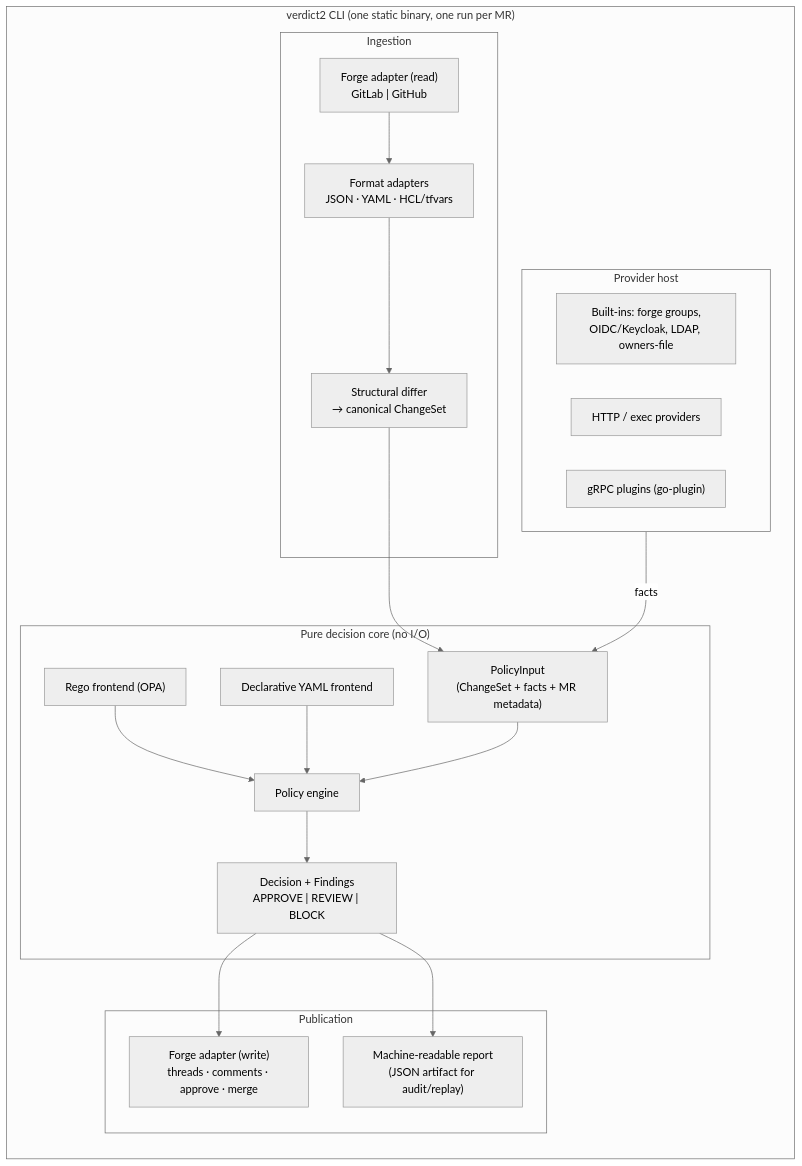
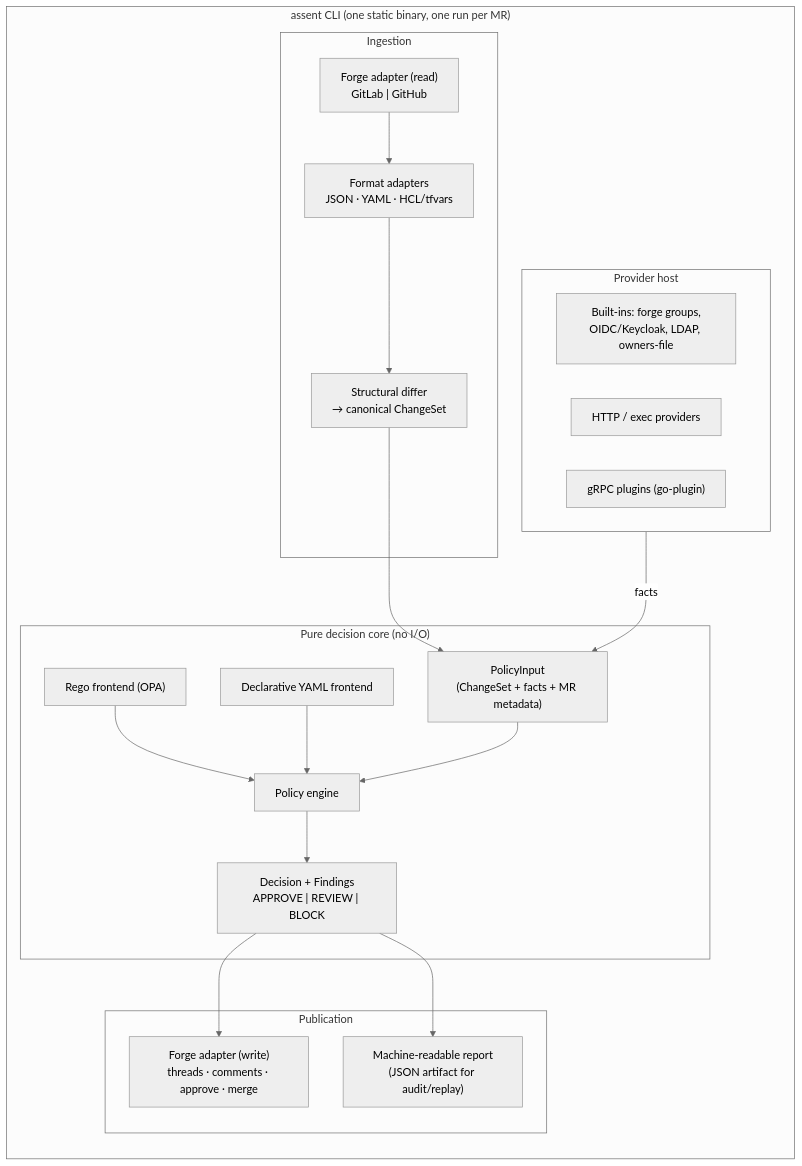
Before and after one commit to PlatformRelay/assent: the diagram in docs/architecture/c4-container.md, drawn with Mermaid (neutral theme). The commit also changed other lines of this file and 26 other files, not shown here.

Commit message:
:truck: chore: rename project to assent (D-009) — folder, module path, CLI, .assent/, apiVersion

````diff
--- a/docs/architecture/c4-container.md
+++ b/docs/architecture/c4-container.md
@@ -5,36 +5,36 @@
 ```mermaid
 flowchart LR
-    subgraph cli["verdict2 CLI (one static binary, one run per MR)"]
+    subgraph cli["assent CLI (one static binary, one run per MR)"]
         direction TB
         subgraph inbound["Ingestion"
             ]
             forgeIn["Forge adapter (read)\nGitLab | GitHub"]
             parsers["Format adapters\nJSON · YAML · HCL/tfvars"]
             differ["Structural differ\n→ canonical ChangeSet"]
         end
         subgraph core["Pure decision core (no I/O)"]
             input["PolicyInput\n(ChangeSet + facts + MR metadata)"]
             engine["Policy engine"]
             rego["Rego frontend (OPA)"]
             yamlf["Declarative YAML frontend"]
             decision["Decision + Findings\nAPPROVE | REVIEW | BLOCK"]
         end
         subgraph providers["Provider host"]
             builtin["Built-ins: forge groups,\nOIDC/Keycloak, LDAP, owners-file"]
             httpexec["HTTP / exec providers"]
             grpc["gRPC plugins (go-plugin)"]
         end
         subgraph outbound["Publication"]
             forgeOut["Forge adapter (write)\nthreads · comments · approve · merge"]
             report["Machine-readable report\n(JSON artifact for audit/replay)"]
         end
     end
 
     forgeIn --> parsers --> differ --> input
     providers -- facts --> input
     rego --> engine
     yamlf --> engine
     input --> engine --> decision
     decision --> forgeOut
     decision --> report
 ```
````
